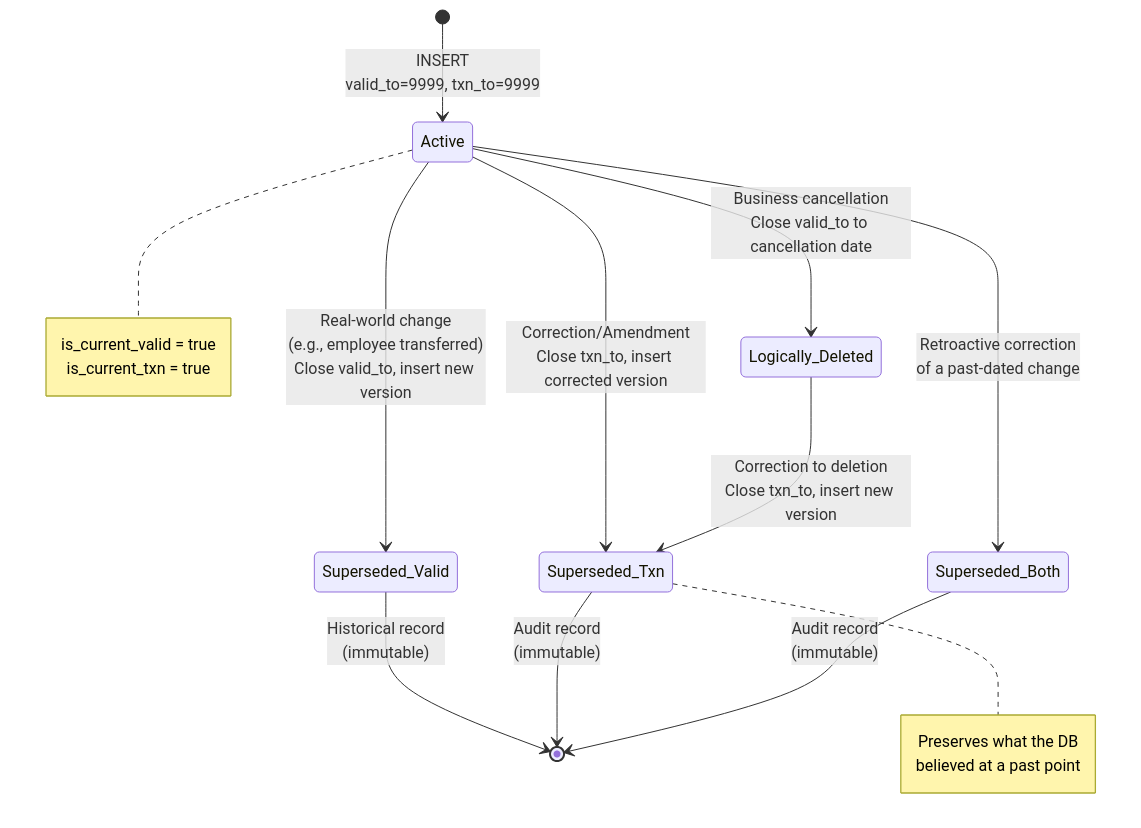
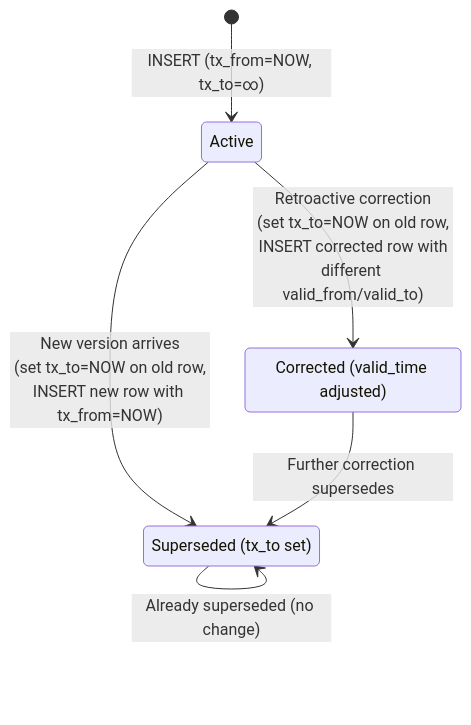
The second of 3 diagrams in PrincipleDataArchitect/01_Data_Modeling/04_Temporal_and_Bitemporal_Modeling/01_Valid_vs_Transaction_Time/02_How_It_Works.md (sivanagaraju/sparkantrigravity), drawn with Mermaid before and after one commit. The commit also changed other lines of this file and 79 other files, not shown here.

Commit message:
feat: Add comprehensive learning modules covering data modeling principles, NoSQL, graph databases, normalization, and database system internals.

````diff
--- a/PrincipleDataArchitect/01_Data_Modeling/04_Temporal_and_Bitemporal_Modeling/01_Valid_vs_Transaction_Time/02_How_It_Works.md
+++ b/PrincipleDataArchitect/01_Data_Modeling/04_Temporal_and_Bitemporal_Modeling/01_Valid_vs_Transaction_Time/02_How_It_Works.md
@@ -219,24 +64,12 @@
 ```mermaid
 stateDiagram-v2
-    [*] --> Active: INSERT<br/>valid_to=9999, txn_to=9999
+    state "Active" as A
+    state "Superseded (tx_to set)" as S
+    state "Corrected (valid_time adjusted)" as C
     
-    Active --> Superseded_Valid: Real-world change<br/>(e.g., employee transferred)<br/>Close valid_to, insert new version
-    Active --> Superseded_Txn: Correction/Amendment<br/>Close txn_to, insert corrected version
-    Active --> Superseded_Both: Retroactive correction<br/>of a past-dated change
-    Active --> Logically_Deleted: Business cancellation<br/>Close valid_to to cancellation date
-    
-    Superseded_Valid --> [*]: Historical record<br/>(immutable)
-    Superseded_Txn --> [*]: Audit record<br/>(immutable)
-    Superseded_Both --> [*]: Audit record<br/>(immutable)
-    Logically_Deleted --> Superseded_Txn: Correction to deletion<br/>Close txn_to, insert new version
-    
-    note right of Active
-        is_current_valid = true
-        is_current_txn = true
-    end note
-    
-    note right of Superseded_Txn
-        Preserves what the DB
-        believed at a past point
-    end note
+    [*] --> A: INSERT (tx_from=NOW, tx_to=∞)
+    A --> S: New version arrives<br/>(set tx_to=NOW on old row,<br/>INSERT new row with tx_from=NOW)
+    A --> C: Retroactive correction<br/>(set tx_to=NOW on old row,<br/>INSERT corrected row with<br/>different valid_from/valid_to)
+    S --> S: Already superseded (no change)
+    C --> S: Further correction supersedes
 ```
````
